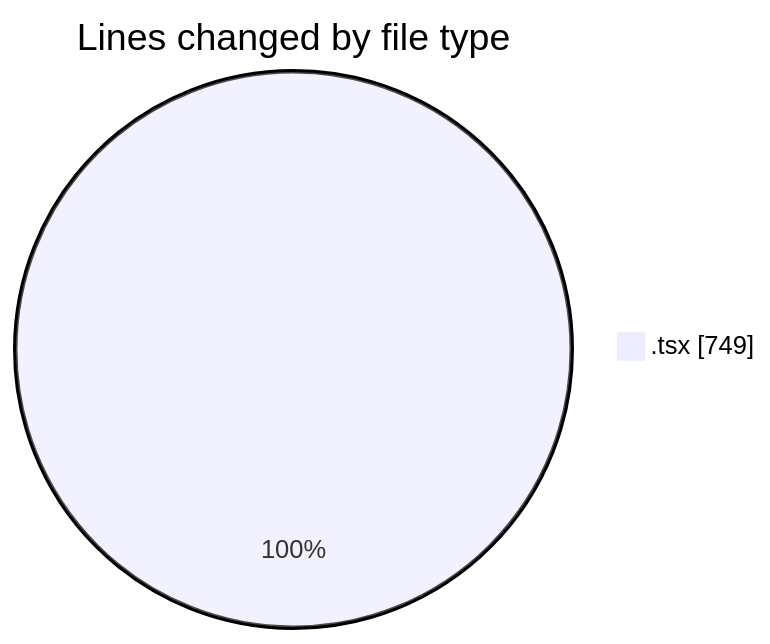
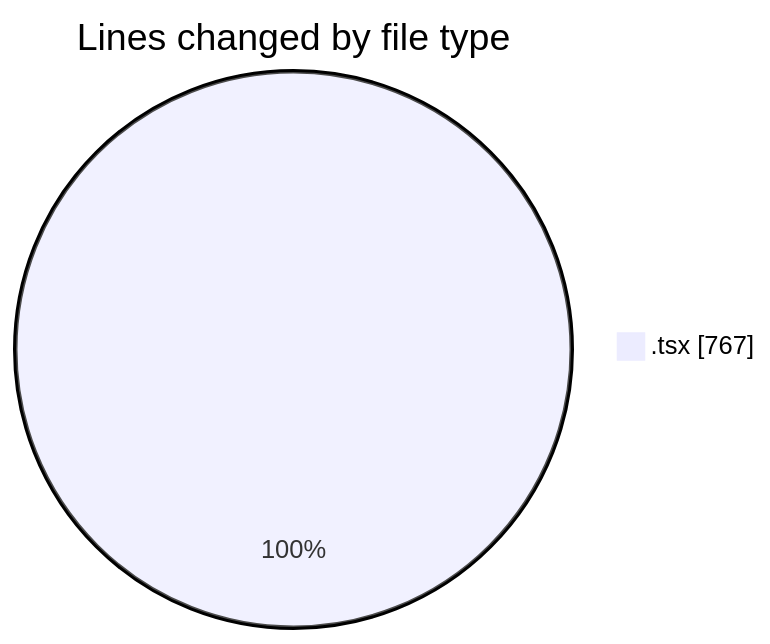
One commit to robertbonfada/code-tracking changed the first of 2 diagrams in 2025-02-03/termonied-web/README.md. Above: the diagram before and after it, drawn with Mermaid. The commit also changed other lines of this file and 1 other file, not shown here.

````diff
--- a/2025-02-03/termonied-web/README.md
+++ b/2025-02-03/termonied-web/README.md
@@ -23,5 +23,5 @@
 ```mermaid
 pie showData
 title Lines changed by file type
-".tsx" : 749
+".tsx" : 767
 ```
````
